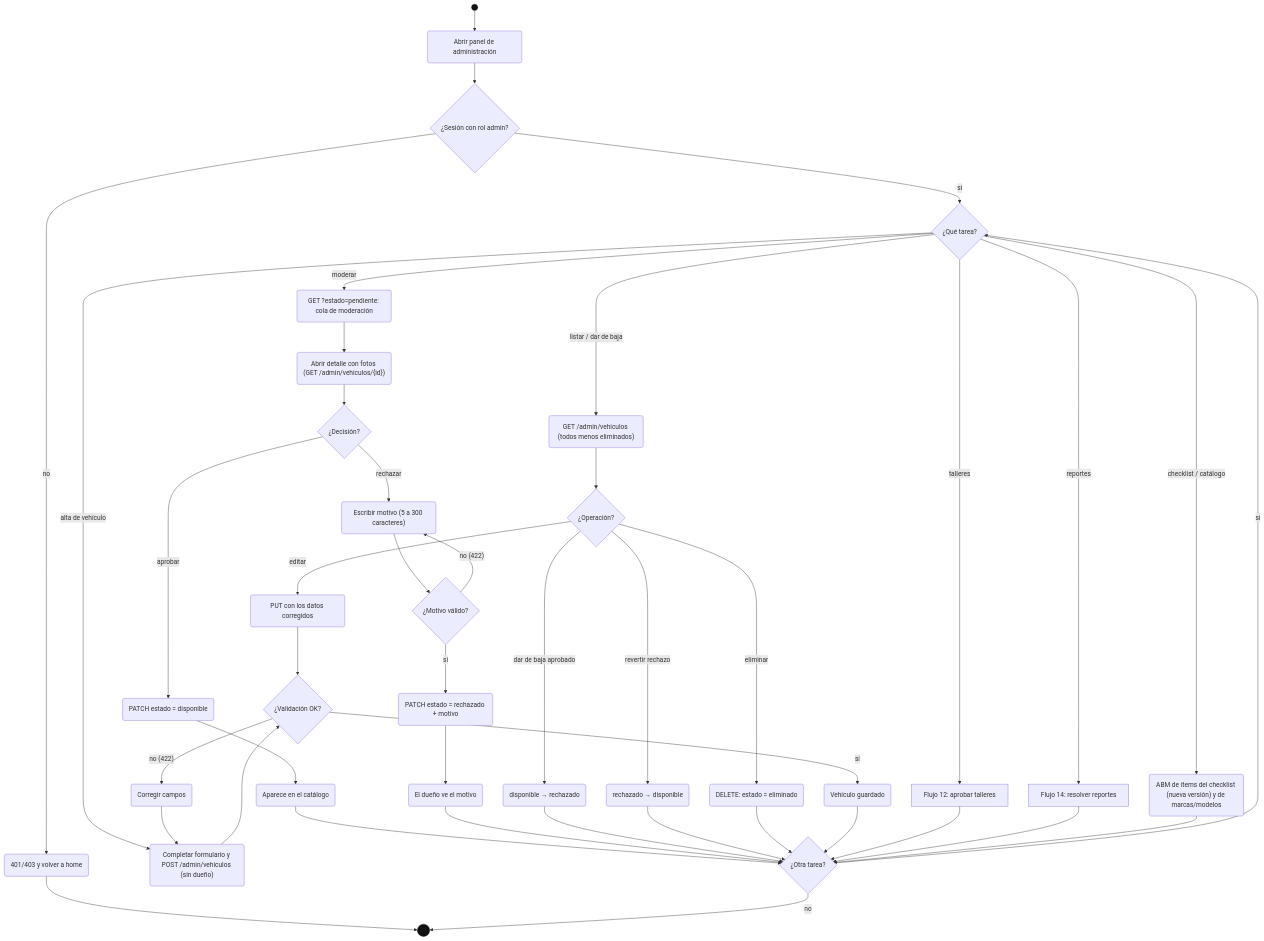
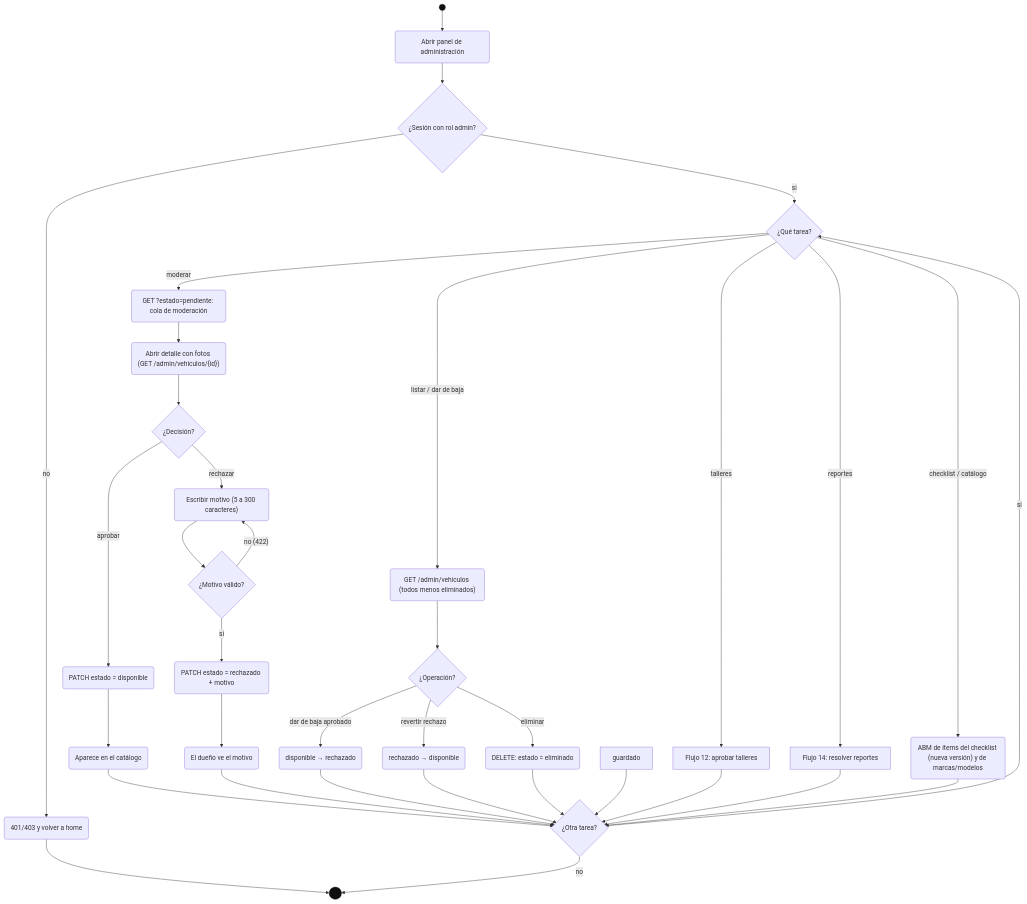
Before and after one commit to Fedekasparian/AutoCar: the sixth of 16 diagrams in diagramas/diagrama-actividad.md, drawn with Mermaid. The commit also changed 3 other files, not shown here.

Commit message:
docs: README del front, infraestructura y diagramas al día con lo del 10/11

````diff
--- a/diagramas/diagrama-actividad.md
+++ b/diagramas/diagrama-actividad.md
@@ -295,40 +295,35 @@
 ```mermaid
 flowchart TD
     inicio((" ")):::inicio --> entrar("Abrir panel de administración")
     entrar --> q_admin{"¿Sesión con rol admin?"}
     q_admin -- "no" --> fuera("401/403 y volver a home") --> fin(((" "))):::fin
     q_admin -- "sí" --> q_tarea{"¿Qué tarea?"}
 
     q_tarea -- "moderar" --> cola("GET ?estado=pendiente: cola de moderación")
     cola --> revisar("Abrir detalle con fotos (GET /admin/vehiculos/{id})")
     revisar --> q_dec{"¿Decisión?"}
     q_dec -- "aprobar" --> aprobar("PATCH estado = disponible") --> publicada("Aparece en el catálogo")
     q_dec -- "rechazar" --> motivo("Escribir motivo (5 a 300 caracteres)")
     motivo --> q_mot{"¿Motivo válido?"}
     q_mot -- "no (422)" --> motivo
     q_mot -- "sí" --> rechazar("PATCH estado = rechazado + motivo") --> aviso("El dueño ve el motivo")
 
     q_tarea -- "listar / dar de baja" --> todos("GET /admin/vehiculos (todos menos eliminados)")
     todos --> q_op{"¿Operación?"}
     q_op -- "dar de baja aprobado" --> baja_mod("disponible → rechazado")
     q_op -- "revertir rechazo" --> revertir("rechazado → disponible")
     q_op -- "eliminar" --> eliminar("DELETE: estado = eliminado")
-    q_op -- "editar" --> editar("PUT con los datos corregidos")
 
-    q_tarea -- "alta de vehículo" --> alta("Completar formulario y POST /admin/vehiculos (sin dueño)")
-    alta --> q_val{"¿Validación OK?"}
-    editar --> q_val
-    q_val -- "no (422)" --> corregir("Corregir campos") --> alta
-    q_val -- "sí" --> guardado("Vehículo guardado")
+    %% El panel no crea ni edita vehículos: si algo está mal se rechaza con motivo y lo corrige el dueño
 
     q_tarea -- "talleres" --> f12["Flujo 12: aprobar talleres"]
     q_tarea -- "reportes" --> f14["Flujo 14: resolver reportes"]
     q_tarea -- "checklist / catálogo" --> abm("ABM de ítems del checklist (nueva versión) y de marcas/modelos")
 
     publicada & aviso & baja_mod & revertir & eliminar & guardado & f12 & f14 & abm --> q_mas{"¿Otra tarea?"}
     q_mas -- "sí" --> q_tarea
     q_mas -- "no" --> fin
 
     classDef inicio fill:#111,stroke:#111
     classDef fin fill:#111,stroke:#111
 ```
````
